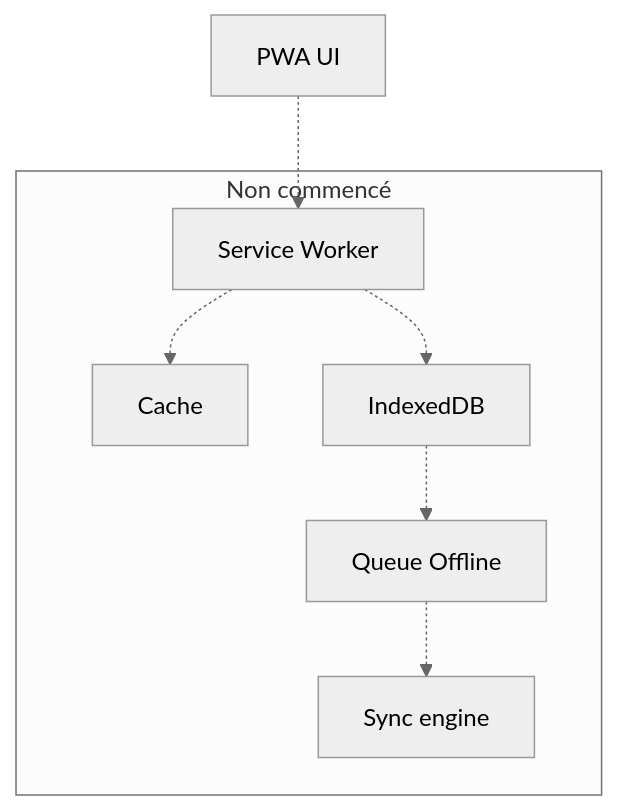
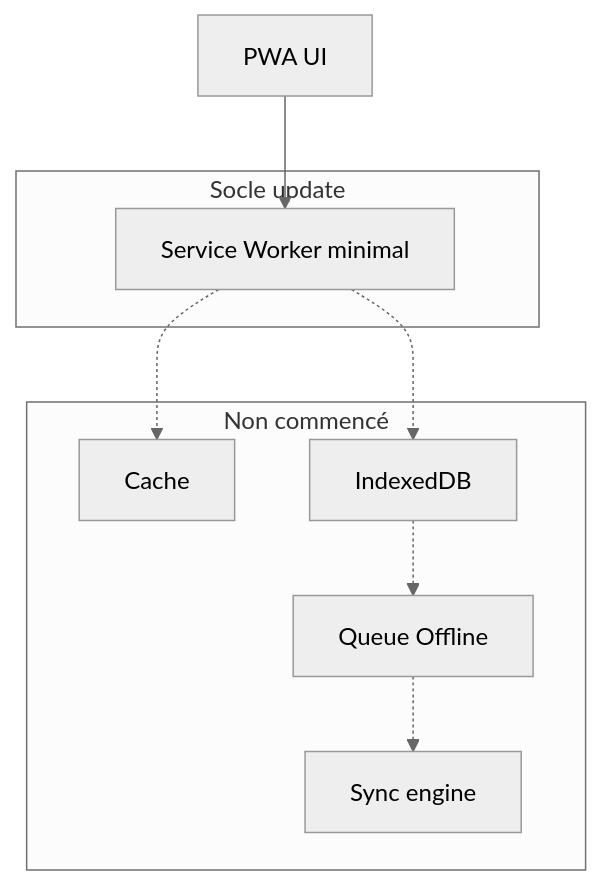
One commit to JavaChrist/Tai-Chi-AI-Coach changed the first of 5 diagrams in docs/runtime/07_OFFLINE_STATUS.md. Above: the diagram before and after it, drawn with Mermaid (neutral theme). The commit also changed other lines of this file and 27 other files, not shown here.

First line of the commit message:
feat(pwa): add standard app update flow

````diff
--- a/docs/runtime/07_OFFLINE_STATUS.md
+++ b/docs/runtime/07_OFFLINE_STATUS.md
@@ -89,15 +89,17 @@
 ```mermaid
 flowchart TB
+  subgraph Socle[Socle update]
+    SW[Service Worker minimal]
+  end
   subgraph Absent[Non commencé]
-    SW[Service Worker]
     Cache[Cache]
     IDB[IndexedDB]
     Q[Queue Offline]
     Sync[Sync engine]
   end
-  UI[PWA UI] -.-> SW
+  UI[PWA UI] --> SW
   SW -.-> Cache
   SW -.-> IDB
   IDB -.-> Q
   Q -.-> Sync
 ```
````
